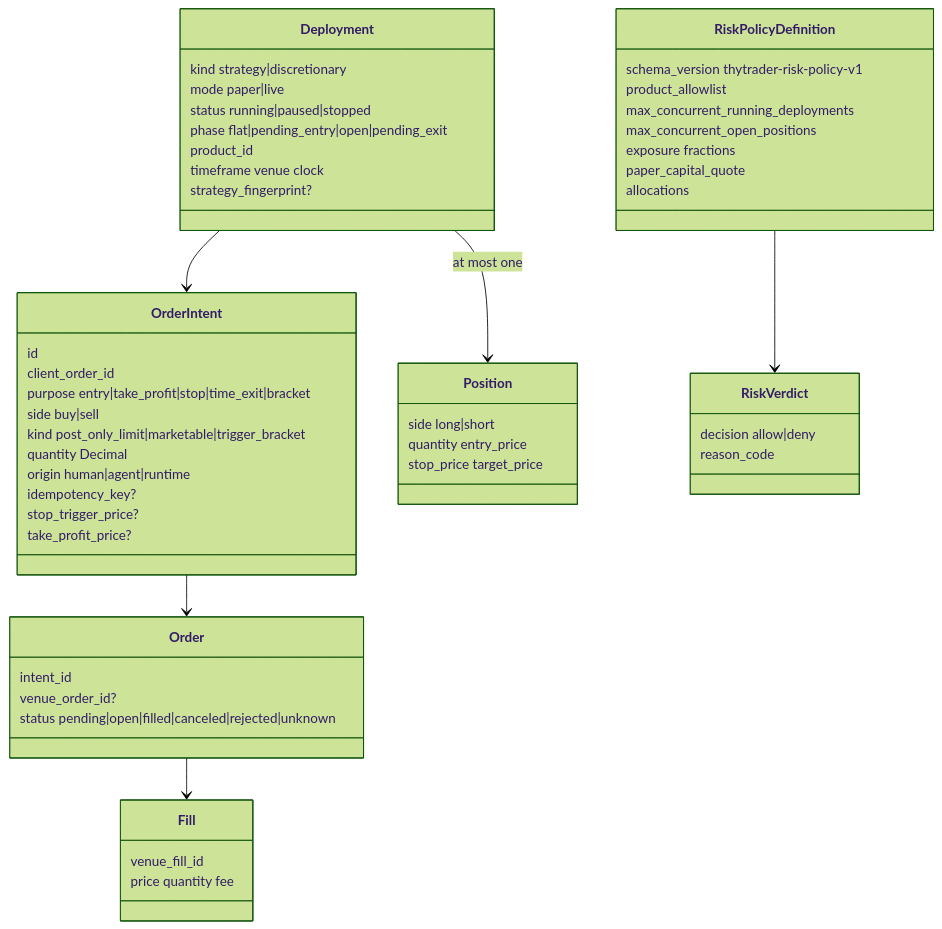
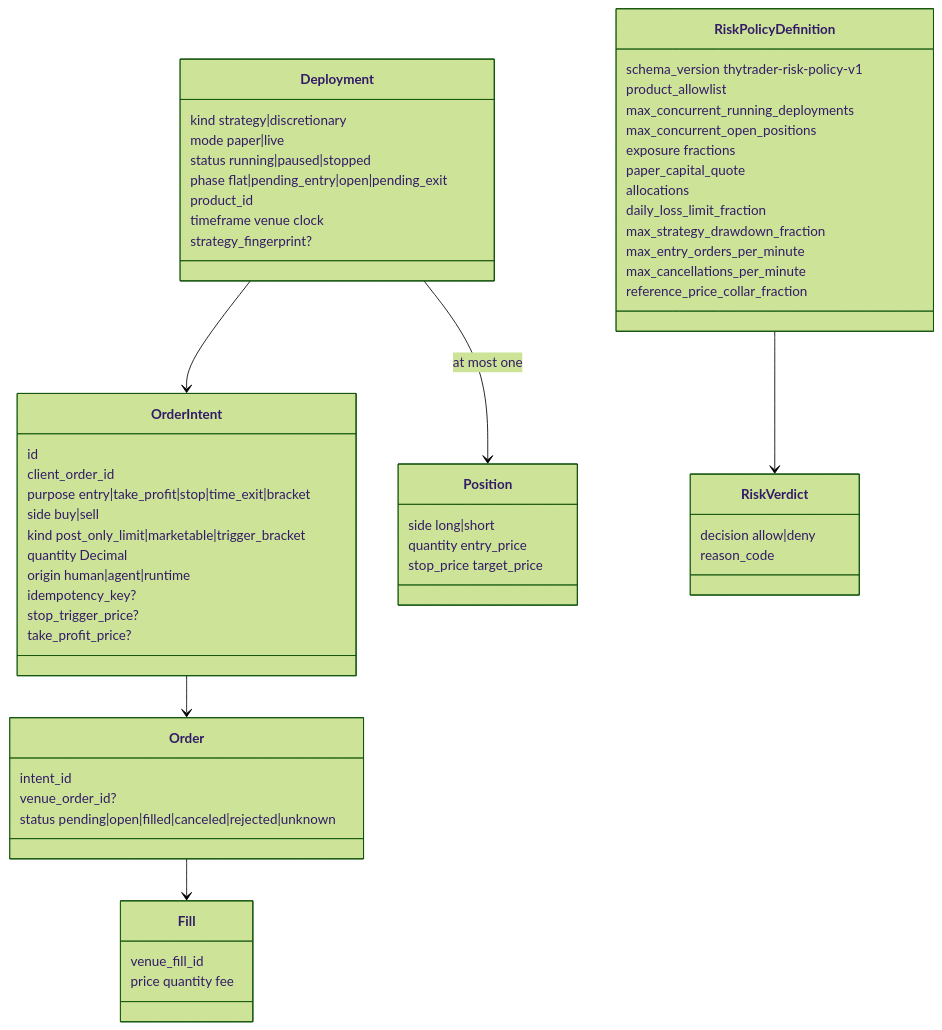
Before and after one commit to Zoltesh/thytrader: the second of 2 diagrams in docs/architecture/contracts/execution.md, drawn with Mermaid (forest theme). The commit also changed 40 other files, not shown here.

First line of the commit message:
feat(risk): daily-loss, drawdown, rate limits, and collars

````diff
--- a/docs/architecture/contracts/execution.md
+++ b/docs/architecture/contracts/execution.md
@@ -33,56 +33,61 @@
 ```mermaid
 classDiagram
   class Deployment {
     kind strategy|discretionary
     mode paper|live
     status running|paused|stopped
     phase flat|pending_entry|open|pending_exit
     product_id
     timeframe venue clock
     strategy_fingerprint?
   }
   class OrderIntent {
     id
     client_order_id
     purpose entry|take_profit|stop|time_exit|bracket
     side buy|sell
     kind post_only_limit|marketable|trigger_bracket
     quantity Decimal
     origin human|agent|runtime
     idempotency_key?
     stop_trigger_price?
     take_profit_price?
   }
   class Order {
     intent_id
     venue_order_id?
     status pending|open|filled|canceled|rejected|unknown
   }
   class Fill {
     venue_fill_id
     price quantity fee
   }
   class Position {
     side long|short
     quantity entry_price
     stop_price target_price
   }
   class RiskPolicyDefinition {
     schema_version thytrader-risk-policy-v1
     product_allowlist
     max_concurrent_running_deployments
     max_concurrent_open_positions
     exposure fractions
     paper_capital_quote
     allocations
+    daily_loss_limit_fraction
+    max_strategy_drawdown_fraction
+    max_entry_orders_per_minute
+    max_cancellations_per_minute
+    reference_price_collar_fraction
   }
   class RiskVerdict {
     decision allow|deny
     reason_code
   }
   Deployment --> OrderIntent
   OrderIntent --> Order
   Order --> Fill
   Deployment --> Position : at most one
   RiskPolicyDefinition --> RiskVerdict
 ```
````
